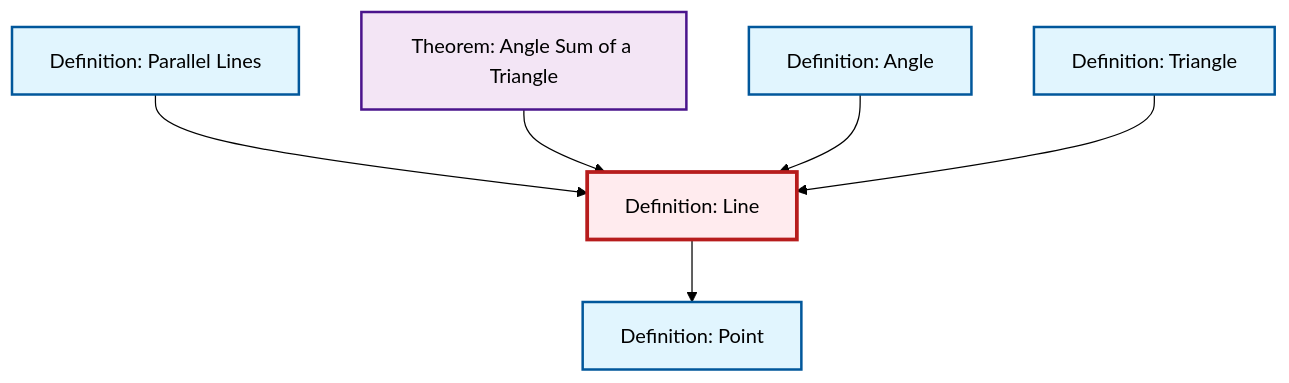
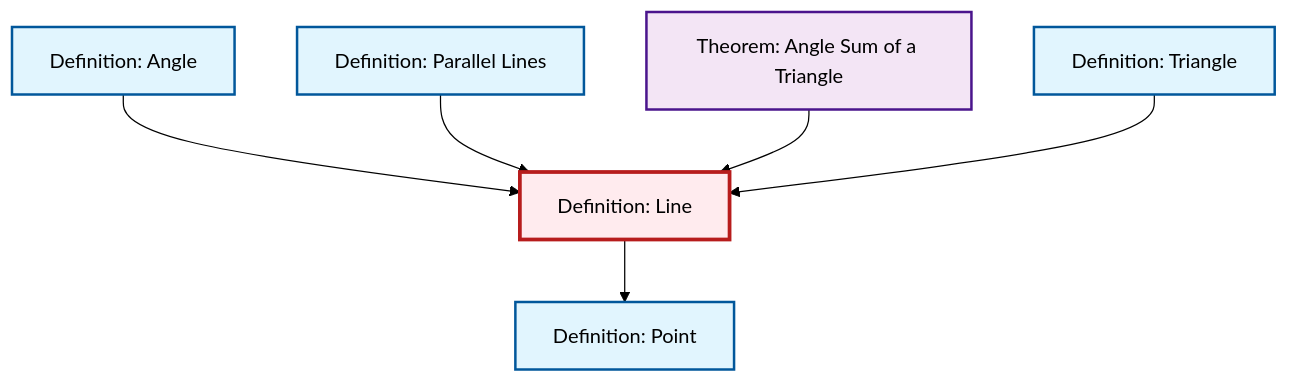
The diagram in content/en/geometry/def-line.qmd (RK0429/ModernMath), drawn with Mermaid (forest theme) before and after one commit. The commit also changed other lines of this file and 1069 other files, not shown here.

````diff
--- a/content/en/geometry/def-line.qmd
+++ b/content/en/geometry/def-line.qmd
@@ -45,26 +45,26 @@
 ```{mermaid}
 %%| fig-cap: "Local dependency graph"
 graph TD
     classDef definition fill:#e1f5fe,stroke:#01579b,stroke-width:2px
     classDef theorem fill:#f3e5f5,stroke:#4a148c,stroke-width:2px
     classDef axiom fill:#fff3e0,stroke:#e65100,stroke-width:2px
     classDef example fill:#e8f5e9,stroke:#1b5e20,stroke-width:2px
     classDef current fill:#ffebee,stroke:#b71c1c,stroke-width:3px
+    def-line["Definition: Line"]:::definition
+    def-triangle["Definition: Triangle"]:::definition
     def-parallel["Definition: Parallel Lines"]:::definition
-    def-line["Definition: Line"]:::definition
     def-point["Definition: Point"]:::definition
-    def-triangle["Definition: Triangle"]:::definition
+    def-angle["Definition: Angle"]:::definition
     thm-angle-sum-triangle["Theorem: Angle Sum of a Triangle"]:::theorem
-    def-angle["Definition: Angle"]:::definition
+    def-angle --> def-line
+    def-line --> def-point
     def-parallel --> def-line
     thm-angle-sum-triangle --> def-line
-    def-angle --> def-line
-    def-line --> def-point
     def-triangle --> def-line
     class def-line current
+    click def-triangle "def-triangle.html" "Go to Triangle definition"
     click def-parallel "def-parallel.html" "Go to Parallel Lines definition"
     click def-point "def-point.html" "Go to Point definition"
-    click def-triangle "def-triangle.html" "Go to Triangle definition"
+    click def-angle "def-angle.html" "Go to Angle definition"
     click thm-angle-sum-triangle "thm-angle-sum-triangle.html" "Go to Angle Sum of a Triangle theorem"
-    click def-angle "def-angle.html" "Go to Angle definition"
 ```
````
